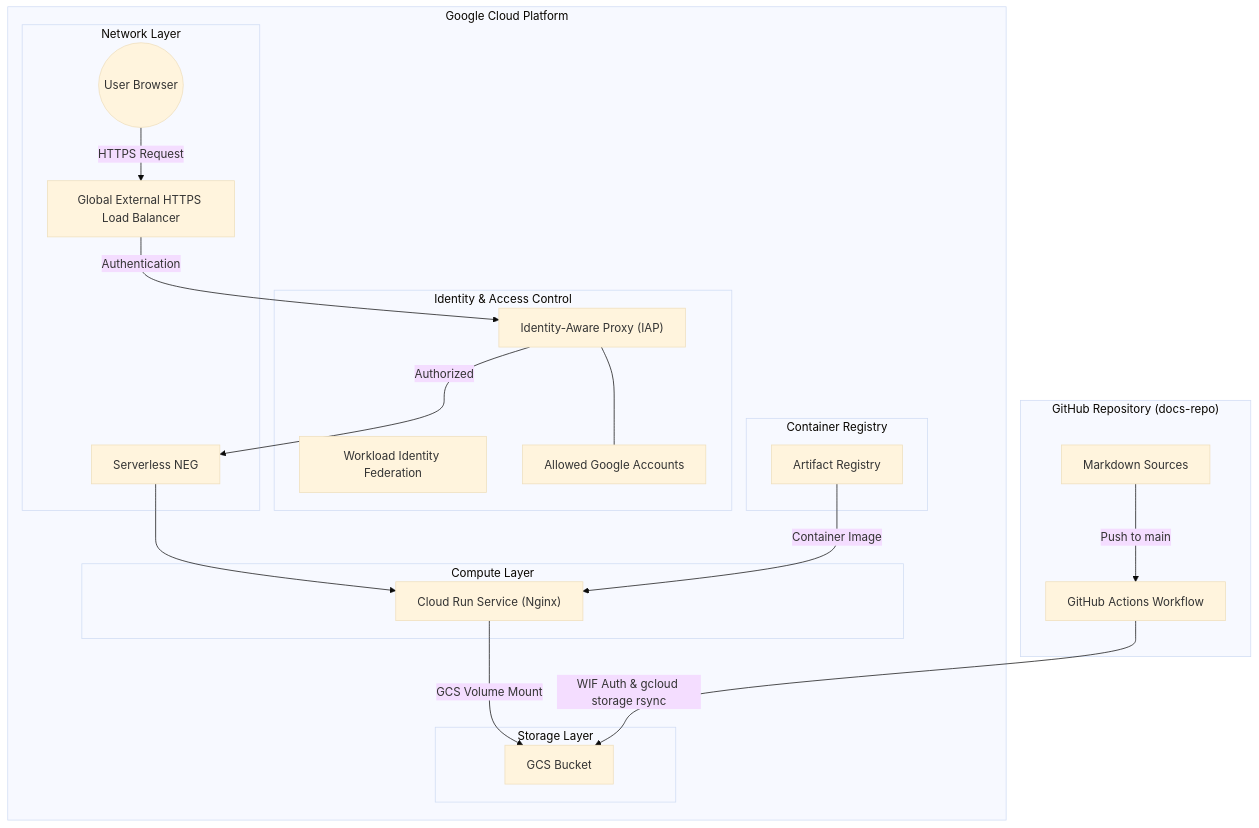
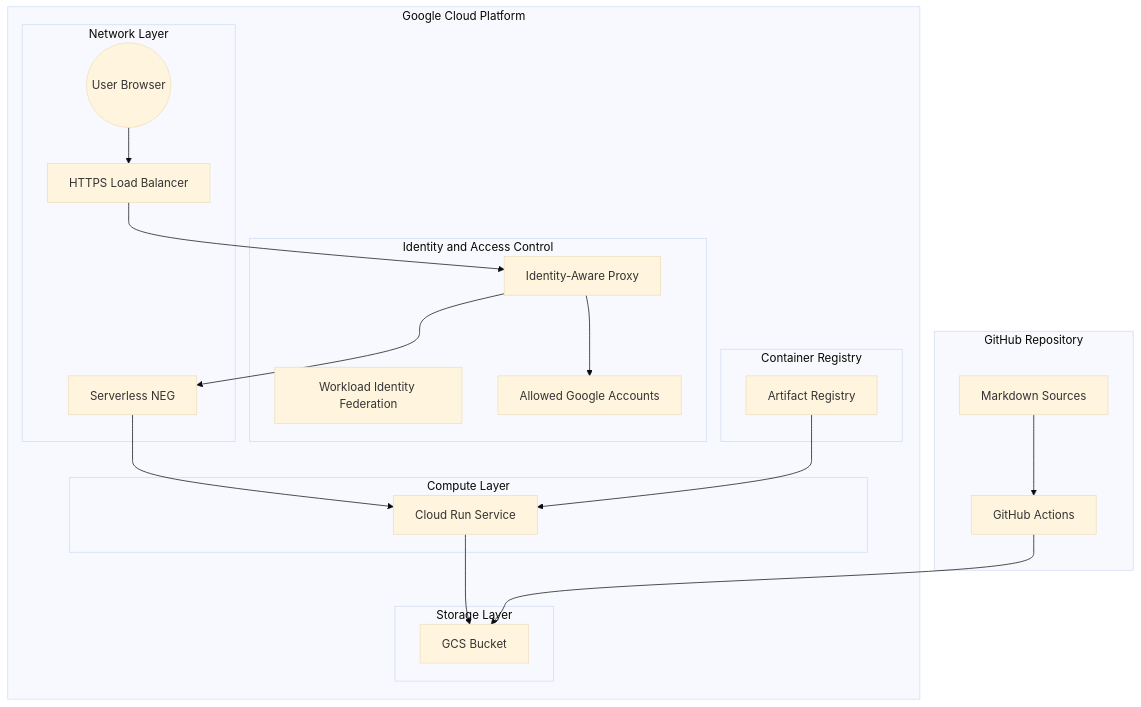
One commit to oharato/docs-repo changed the diagram in docs/architecture.md. Above: the diagram before and after it, drawn with Mermaid (base theme). The commit also changed 2 other files, not shown here.

Commit message:
style(zoom): update modal background to bright light theme with glassmorphism blur

````diff
--- a/docs/architecture.md
+++ b/docs/architecture.md
@@ -7,43 +7,43 @@
 ```mermaid
-flowchart TD
-    subgraph GitHub ["GitHub Repository (docs-repo)"]
+graph TD
+    subgraph GitHub["GitHub Repository"]
         Markdown["Markdown Sources"]
-        GHA["GitHub Actions Workflow"]
-        Markdown -->|"Push to main"| GHA
+        GHA["GitHub Actions"]
+        Markdown --> GHA
     end
 
-    subgraph GCP ["Google Cloud Platform"]
-        subgraph Security ["Identity & Access Control"]
+    subgraph GCP["Google Cloud Platform"]
+        subgraph Security["Identity and Access Control"]
             WIF["Workload Identity Federation"]
-            IAP["Identity-Aware Proxy (IAP)"]
+            IAP["Identity-Aware Proxy"]
             UserAuth["Allowed Google Accounts"]
-            IAP --- UserAuth
+            IAP --> UserAuth
         end
 
-        subgraph Storage ["Storage Layer"]
+        subgraph Storage["Storage Layer"]
             GCS["GCS Bucket"]
         end
 
-        subgraph Networking ["Network Layer"]
+        subgraph Networking["Network Layer"]
             User(("User Browser"))
-            HTTPSLB["Global External HTTPS Load Balancer"]
+            HTTPSLB["HTTPS Load Balancer"]
             NEG["Serverless NEG"]
-            User -->|"HTTPS Request"| HTTPSLB
-            HTTPSLB -->|"Authentication"| IAP
-            IAP -->|"Authorized"| NEG
+            User --> HTTPSLB
+            HTTPSLB --> IAP
+            IAP --> NEG
         end
 
-        subgraph Compute ["Compute Layer"]
-            CloudRun["Cloud Run Service (Nginx)"]
+        subgraph Compute["Compute Layer"]
+            CloudRun["Cloud Run Service"]
             NEG --> CloudRun
-            CloudRun -->|"GCS Volume Mount"| GCS
+            CloudRun --> GCS
         end
 
-        subgraph Registry ["Container Registry"]
+        subgraph Registry["Container Registry"]
             AR["Artifact Registry"]
-            AR -->|"Container Image"| CloudRun
+            AR --> CloudRun
         end
     end
 
-    GHA -->|"WIF Auth & gcloud storage rsync"| GCS
+    GHA --> GCS
 ```
````
